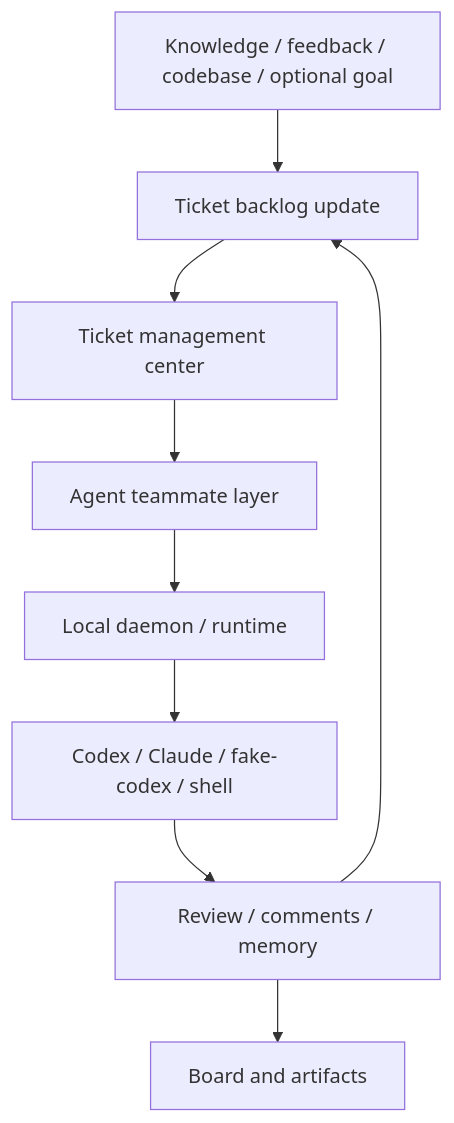
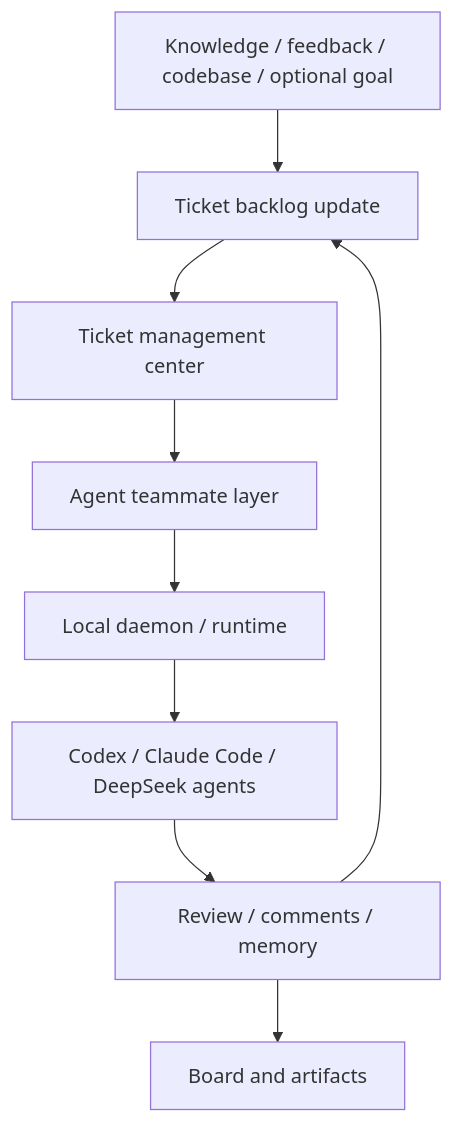
Before and after one commit to Hackerismydream/Ariadne: the diagram in docs/architecture/ARIADNE_TICKET_CENTERED_ARCHITECTURE.md, drawn with Mermaid. The commit also changed other lines of this file and 10 other files, not shown here.

````diff
--- a/docs/architecture/ARIADNE_TICKET_CENTERED_ARCHITECTURE.md
+++ b/docs/architecture/ARIADNE_TICKET_CENTERED_ARCHITECTURE.md
@@ -38,11 +38,11 @@
 ```mermaid
 flowchart TB
   Input["Knowledge / feedback / codebase / optional goal"] --> Backlog["Ticket backlog update"]
   Backlog --> Work["Ticket management center"]
   Work --> Team["Agent teammate layer"]
   Team --> Runtime["Local daemon / runtime"]
-  Runtime --> Backend["Codex / Claude / fake-codex / shell"]
+  Runtime --> Backend["Codex / Claude Code / DeepSeek agents"]
   Backend --> Review["Review / comments / memory"]
   Review --> Board["Board and artifacts"]
   Review --> Backlog
 ```
````
